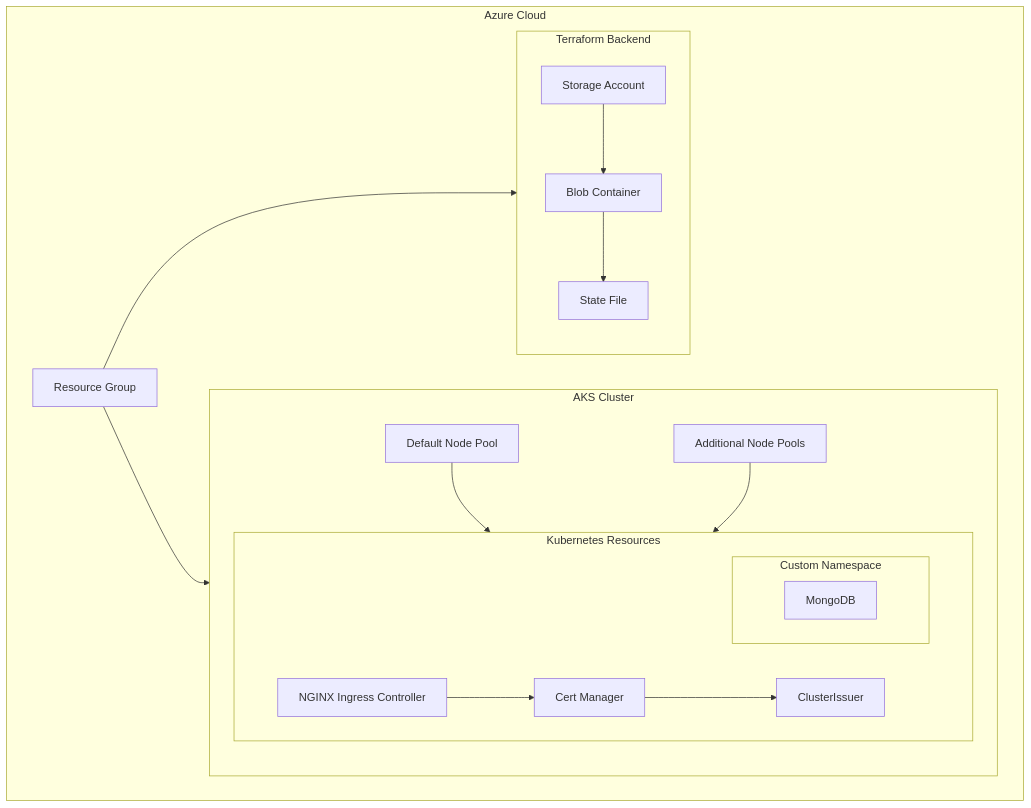
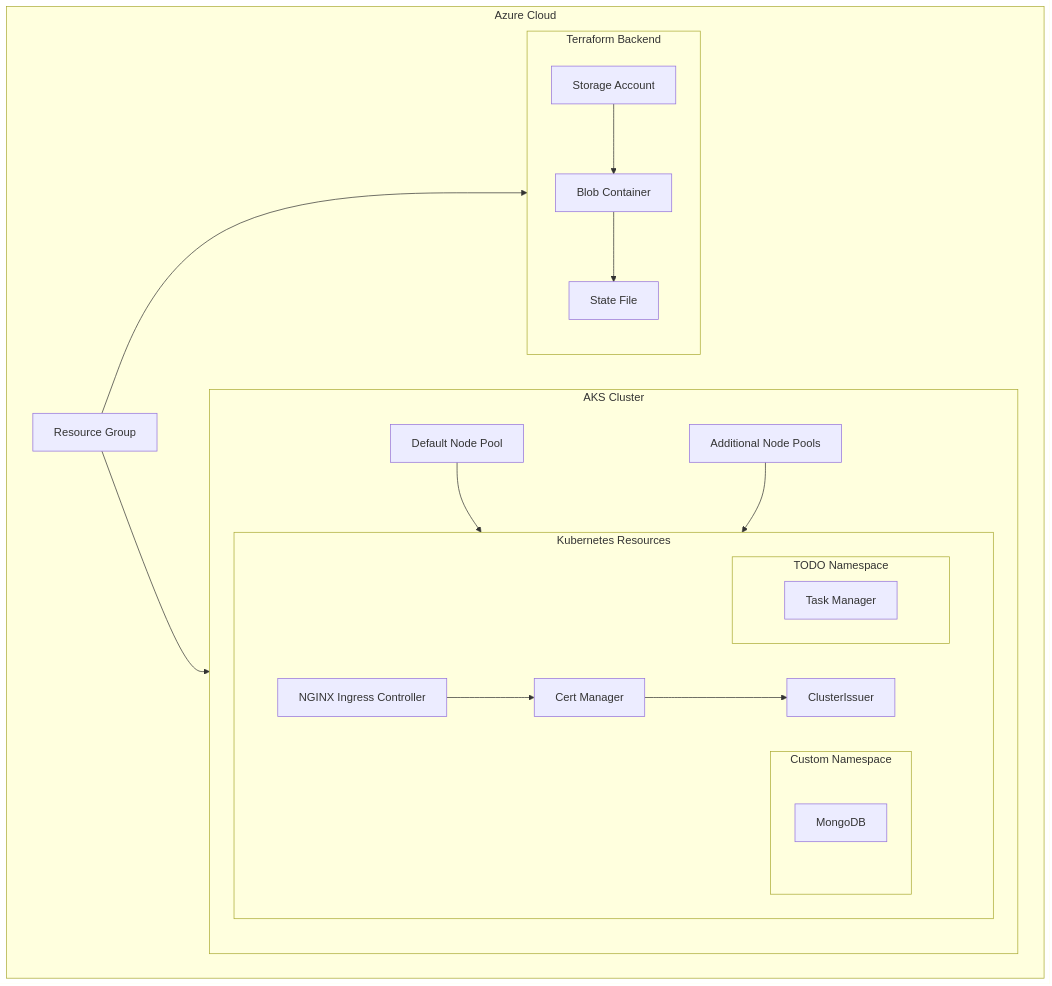
Before and after one commit to punitkashyup/sample-application-with-infra: the diagram in Readme.md, drawn with Mermaid.

Commit message:
Add TODO Namespace section to Readme.md

````diff
--- a/Readme.md
+++ b/Readme.md
@@ -18,36 +18,40 @@
 ```mermaid
 flowchart TB
     subgraph Azure["Azure Cloud"]
         RG["Resource Group"]
         
         subgraph AKS["AKS Cluster"]
             NP["Default Node Pool"]
             ANP["Additional Node Pools"]
             
             subgraph K8S["Kubernetes Resources"]
                 NING["NGINX Ingress Controller"]
                 CERT["Cert Manager"]
                 CLSI["ClusterIssuer"]
                 
                 subgraph NS["Custom Namespace"]
                     MODB["MongoDB"]
+                end
+                
+                subgraph TODO["TODO Namespace"]
+                    TASKS["Task Manager"]
                 end
             end
         end
         
         subgraph Backend["Terraform Backend"]
             SA["Storage Account"]
             CONT["Blob Container"]
             STATE["State File"]
         end
     end
     
     RG --> AKS
     RG --> Backend
     SA --> CONT
     CONT --> STATE
     NP --> K8S
     ANP --> K8S
     NING --> CERT
     CERT --> CLSI
 ```
````
